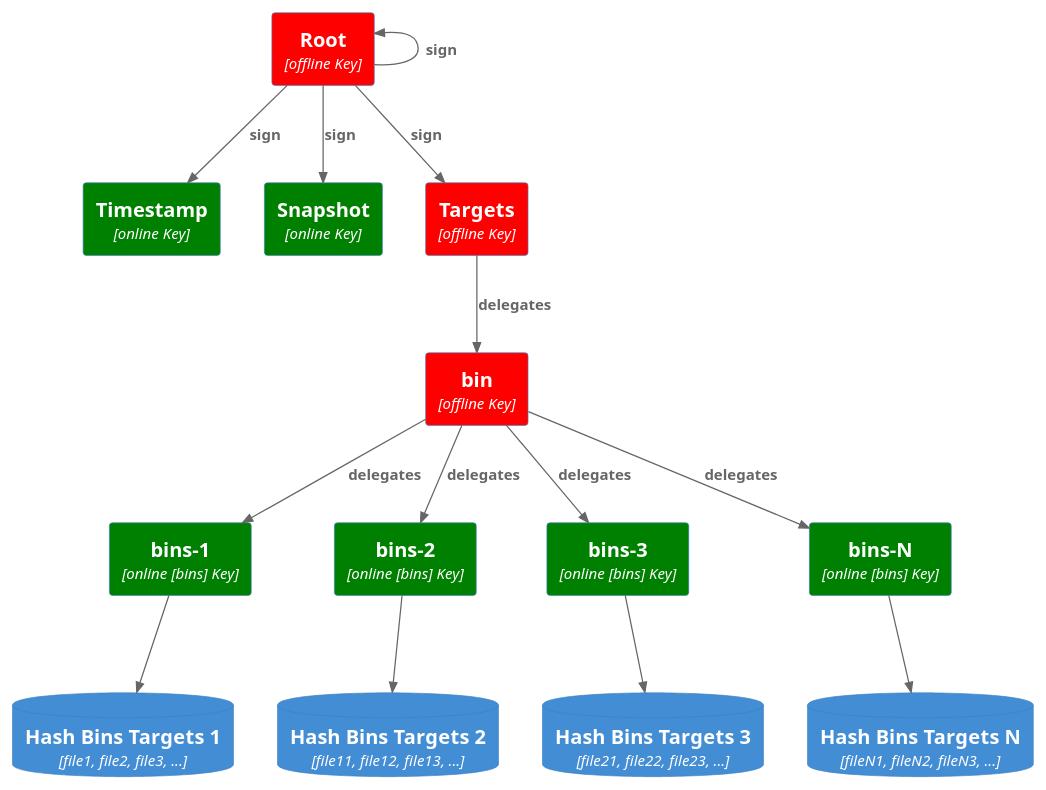
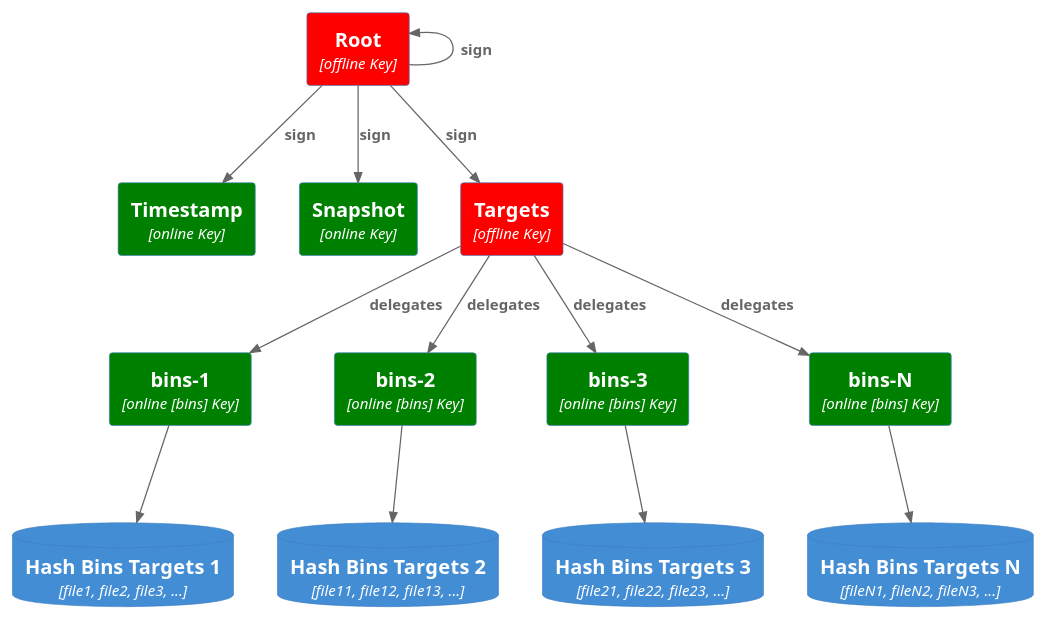
One commit to repository-service-tuf/repository-service-tuf changed the diagram in docs/diagrams/1_1_rstuf_metadata.puml. Above: the diagram before and after it, drawn with PlantUML. The commit also changed 6 other files, not shown here.

Commit message:
Remove the "bin" role from diagrams

```diff
--- a/docs/diagrams/1_1_rstuf_metadata.puml
+++ b/docs/diagrams/1_1_rstuf_metadata.puml
@@ -1,35 +1,33 @@
 @startuml
 !include https://raw.githubusercontent.com/plantuml-stdlib/C4-PlantUML/master/C4_Container.puml
 
 Container(root, "Root" , "offline Key") #Red
 Container(timestamp, "Timestamp", "online Key") #Green
 Container(snapshot, "Snapshot", "online Key") #Green
 Container(targets, "Targets",  "offline Key") #Red
-Container(bin, "bin", "offline Key") #Red
 Container(bins_1, "bins-1", "online [bins] Key") #Green
 Container(bins_2, "bins-2", "online [bins] Key") #Green
 Container(bins_3, "bins-3", "online [bins] Key") #Green
 Container(bins_N, "bins-N", "online [bins] Key") #Green
 
 ContainerDb(targets_bins_1, "Hash Bins Targets 1", "file1, file2, file3, ...")
 ContainerDb(targets_bins_2, "Hash Bins Targets 2", "file11, file12, file13, ...")
 ContainerDb(targets_bins_3, "Hash Bins Targets 3", "file21, file22, file23, ...")
 ContainerDb(targets_bins_N, "Hash Bins Targets N", "fileN1, fileN2, fileN3, ...")
 
 Rel_U(root, root, "sign")
 Rel_D(root, timestamp, "sign")
 Rel_D(root, snapshot, "sign")
 Rel_D(root, targets, "sign")
-Rel_D(targets, bin, "delegates")
-Rel_D(bin, bins_1, "delegates")
+Rel_D(targets, bins_1, "delegates")
 Rel_D(bins_1, targets_bins_1, " ")
-Rel_D(bin, bins_2, "delegates")
+Rel_D(targets, bins_2, "delegates")
 Rel_D(bins_2, targets_bins_2, " ")
-Rel_D(bin, bins_3, "delegates")
+Rel_D(targets, bins_3, "delegates")
 Rel_D(bins_3, targets_bins_3, " ")
-Rel_D(bin, bins_N, "delegates")
+Rel_D(targets, bins_N, "delegates")
 Rel_D(bins_N, targets_bins_N, " ")
 
 
 HIDE_STEREOTYPE()
 @enduml
```
